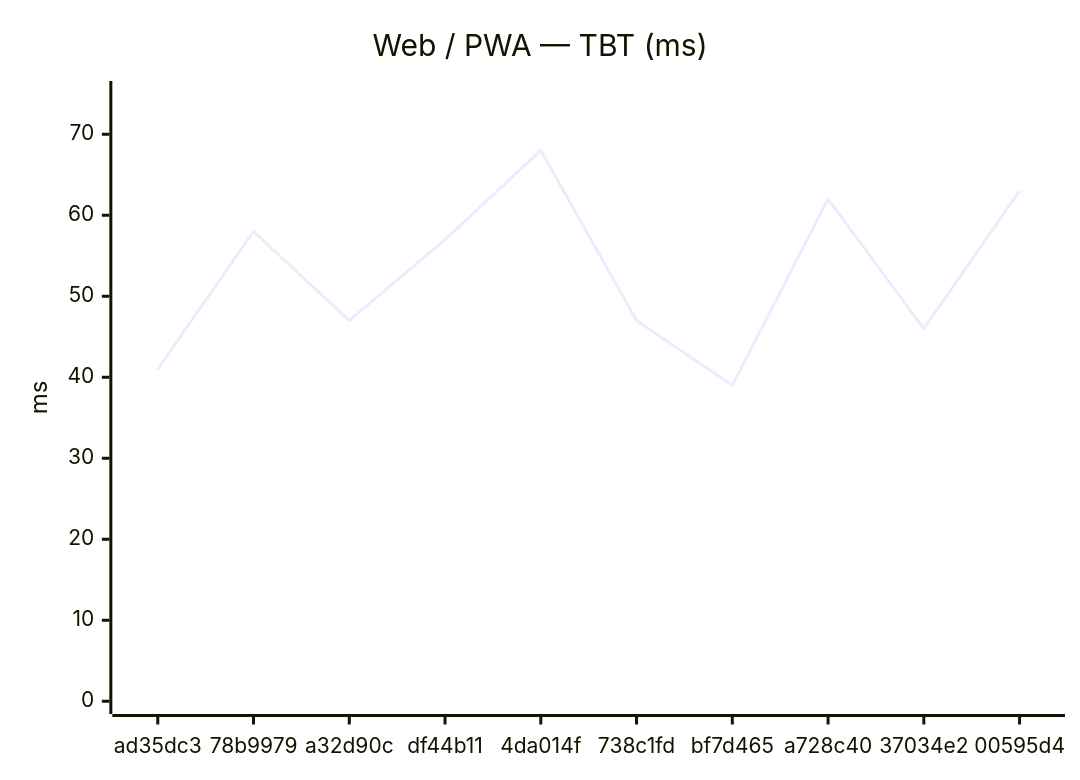
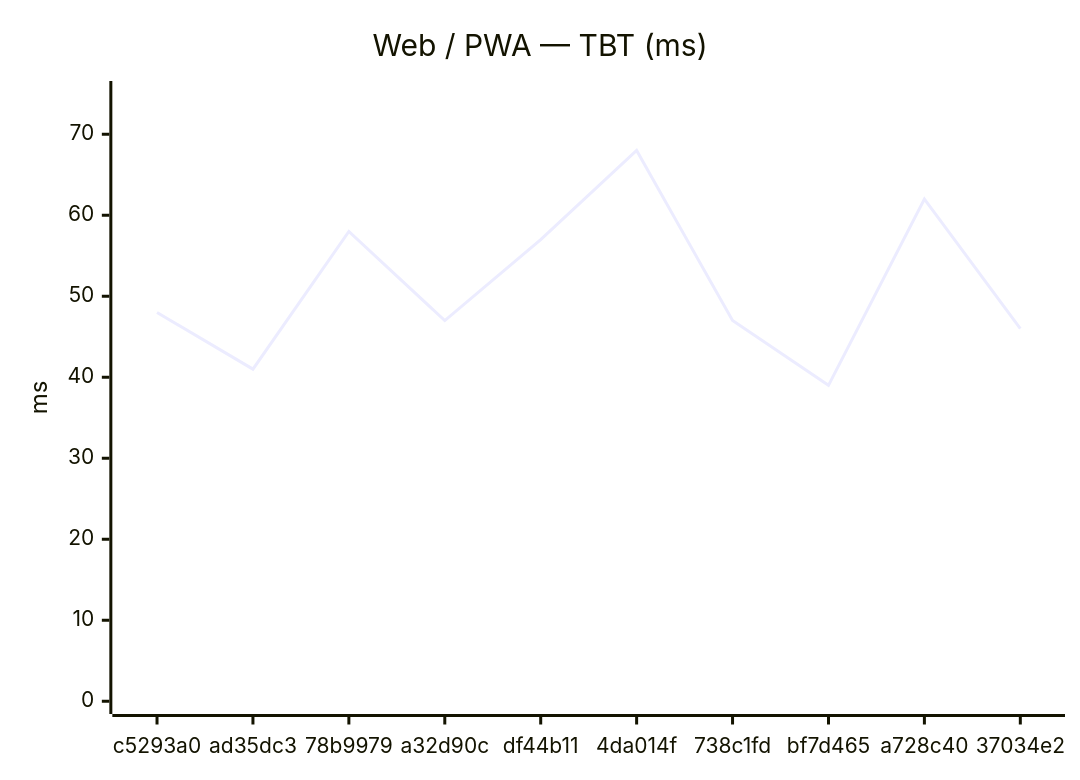
One commit to Metaheurist/Rianell changed the second of 24 diagrams in benchmarks/compare.md. Above: the diagram before and after it, drawn with Mermaid. The commit also changed other lines of this file and 14 other files, not shown here.

````diff
--- a/benchmarks/compare.md
+++ b/benchmarks/compare.md
@@ -31,7 +31,7 @@
 ```mermaid
 xychart-beta
     title "Web / PWA — TBT (ms)"
-    x-axis ["ad35dc3", "78b9979", "a32d90c", "df44b11", "4da014f", "738c1fd", "bf7d465", "a728c40", "37034e2", "00595d4"]
+    x-axis ["c5293a0", "ad35dc3", "78b9979", "a32d90c", "df44b11", "4da014f", "738c1fd", "bf7d465", "a728c40", "37034e2"]
     y-axis "ms" 0 --> 75
-    line [41, 58, 47, 57, 68, 47, 39, 62, 46, 63]
+    line [48, 41, 58, 47, 57, 68, 47, 39, 62, 46]
 ```
````
